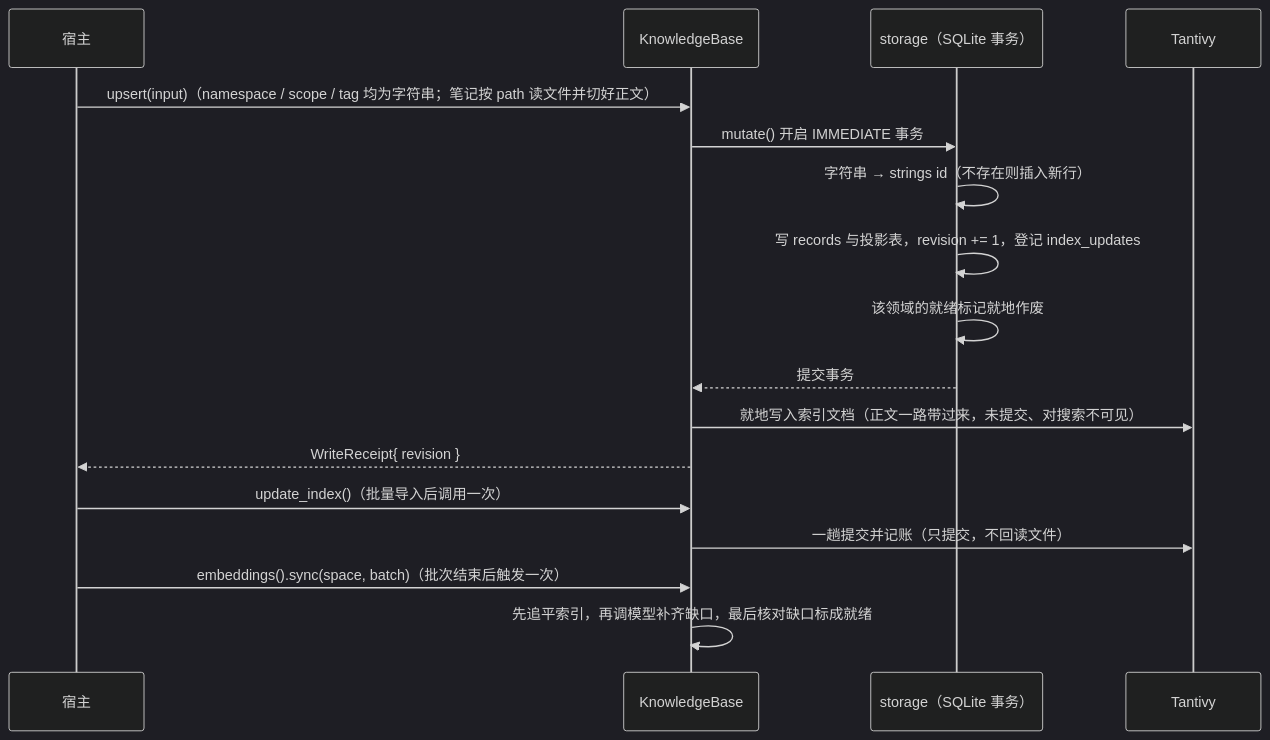
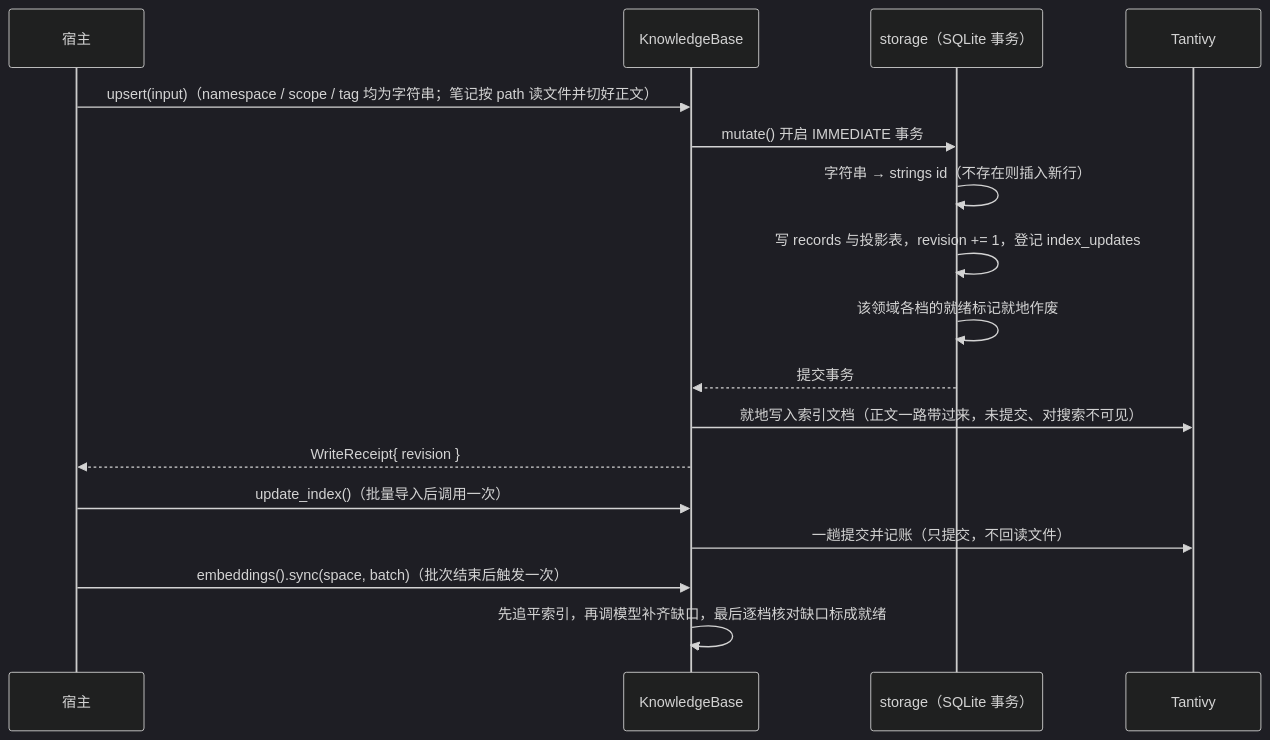
One commit to kawayiYokami/p-memory changed the fourth of 4 diagrams in docs/architecture.md. Above: the diagram before and after it, drawn with Mermaid (dark theme). The commit also changed other lines of this file and 12 other files, not shown here.

````diff
--- a/docs/architecture.md
+++ b/docs/architecture.md
@@ -183,20 +183,20 @@
 ```mermaid
 sequenceDiagram
     participant H as 宿主
     participant K as KnowledgeBase
     participant S as storage（SQLite 事务）
     participant I as Tantivy
 
     H->>K: upsert(input)（namespace / scope / tag 均为字符串；笔记按 path 读文件并切好正文）
     K->>S: mutate() 开启 IMMEDIATE 事务
     S->>S: 字符串 → strings id（不存在则插入新行）
     S->>S: 写 records 与投影表，revision += 1，登记 index_updates
-    S->>S: 该领域的就绪标记就地作废
+    S->>S: 该领域各档的就绪标记就地作废
     S-->>K: 提交事务
     K->>I: 就地写入索引文档（正文一路带过来，未提交、对搜索不可见）
     K-->>H: WriteReceipt{ revision }
     H->>K: update_index()（批量导入后调用一次）
     K->>I: 一趟提交并记账（只提交，不回读文件）
     H->>K: embeddings().sync(space, batch)（批次结束后触发一次）
-    K->>K: 先追平索引，再调模型补齐缺口，最后核对缺口标成就绪
+    K->>K: 先追平索引，再调模型补齐缺口，最后逐档核对缺口标成就绪
 ```
````
